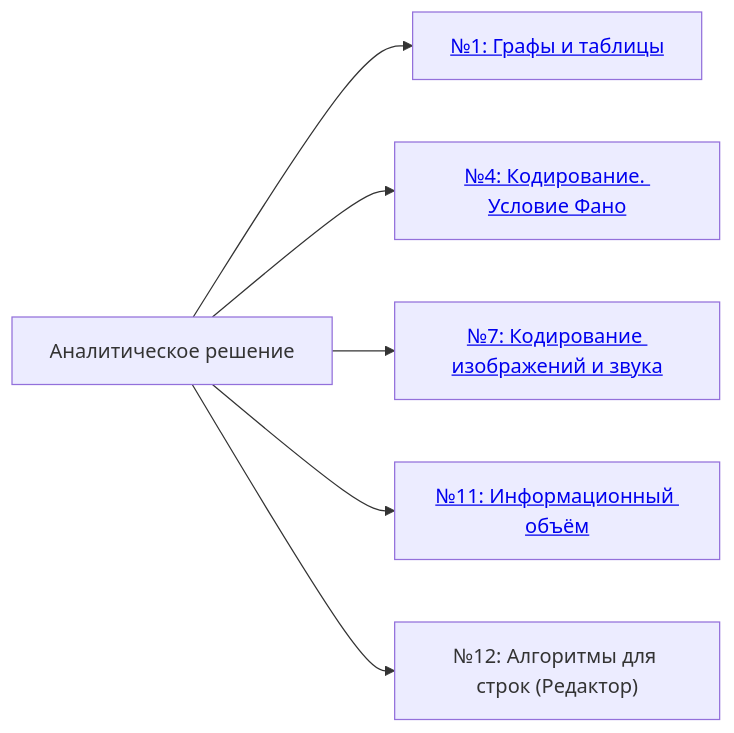
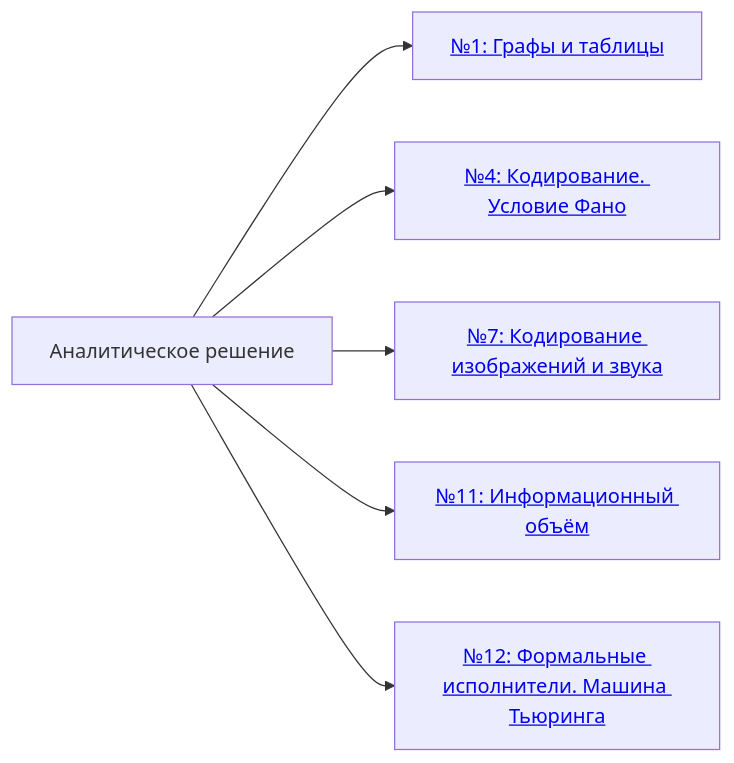
Before and after one commit to mueqee/spbpu-inf-course: the first of 6 diagrams in README.md, drawn with Mermaid. The commit also changed other lines of this file and 3 other files, not shown here.

````diff
--- a/README.md
+++ b/README.md
@@ -68,14 +68,15 @@
 ```mermaid
 flowchart LR
   T1["Аналитическое решение"]
   T1 --> T1a["<a href='https://github.com/mueqee/spbpu-inf-course/tree/2026/Задание_1_Графы_и_таблицы'>№1: Графы и таблицы</a>"]
   T1 --> T1b["<a href='https://github.com/mueqee/spbpu-inf-course/tree/2026/Задание_4_Кодирование_Фано'>№4: Кодирование. Условие Фано</a>"]
   T1 --> T1c["<a href='https://github.com/mueqee/spbpu-inf-course/tree/2026/Задание_7_Кодирование_информации'>№7: Кодирование изображений и звука</a>"]
   T1 --> T1d["<a href='https://github.com/mueqee/spbpu-inf-course/tree/2026/Задание_11_Объем_памяти_кодирование'>№11: Информационный объём</a>"]
-  T1 --> T1e["№12: Алгоритмы для строк (Редактор)"]
+  T1 --> T1e["<a href='https://github.com/mueqee/spbpu-inf-course/tree/2026/%D0%97%D0%B0%D0%B4%D0%B0%D0%BD%D0%B8%D0%B5_12_%D0%A0%D0%B5%D0%B4%D0%B0%D0%BA%D1%82%D0%BE%D1%80'>№12: Формальные исполнители. Машина Тьюринга</a>"]
 
   click T1a "https://github.com/mueqee/spbpu-inf-course/tree/2026/Задание_1_Графы_и_таблицы"
   click T1b "https://github.com/mueqee/spbpu-inf-course/tree/2026/Задание_4_Кодирование_Фано"
   click T1c "https://github.com/mueqee/spbpu-inf-course/tree/2026/Задание_7_Кодирование_информации"
   click T1d "https://github.com/mueqee/spbpu-inf-course/tree/2026/Задание_11_Объем_памяти_кодирование"
+  click T1e "https://github.com/mueqee/spbpu-inf-course/tree/2026/%D0%97%D0%B0%D0%B4%D0%B0%D0%BD%D0%B8%D0%B5_12_%D0%A0%D0%B5%D0%B4%D0%B0%D0%BA%D1%82%D0%BE%D1%80"
 ```
````
